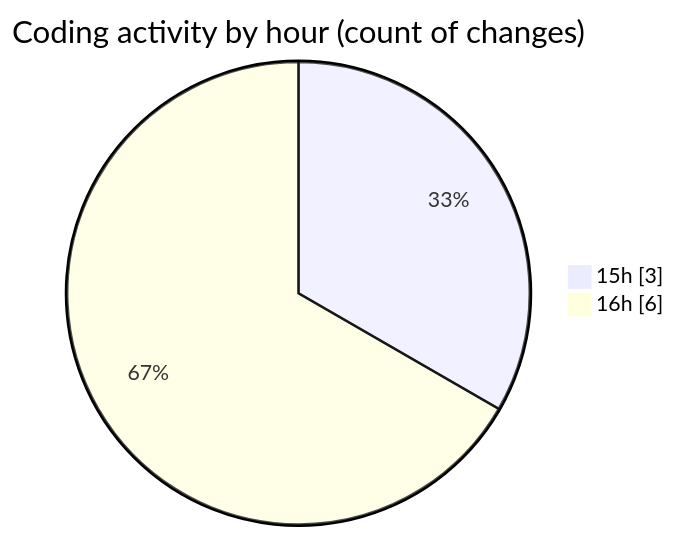
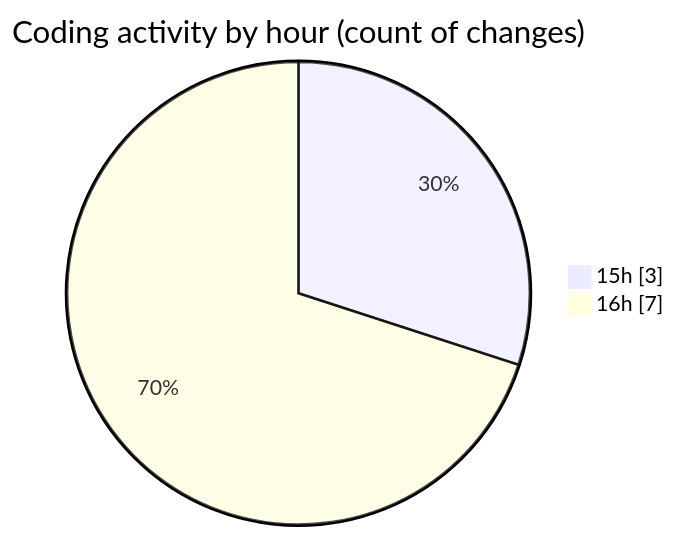
One commit to debugP/code-tracking changed the second of 2 diagrams in 2026-08-06/untitled__workspace_/README.md. Above: the diagram before and after it, drawn with Mermaid. The commit also changed other lines of this file and 1 other file, not shown here.

````diff
--- a/2026-08-06/untitled__workspace_/README.md
+++ b/2026-08-06/untitled__workspace_/README.md
@@ -30,6 +30,6 @@
 ```mermaid
 pie showData
 title Coding activity by hour (count of changes)
 "15h" : 3
-"16h" : 6
+"16h" : 7
 ```
````
